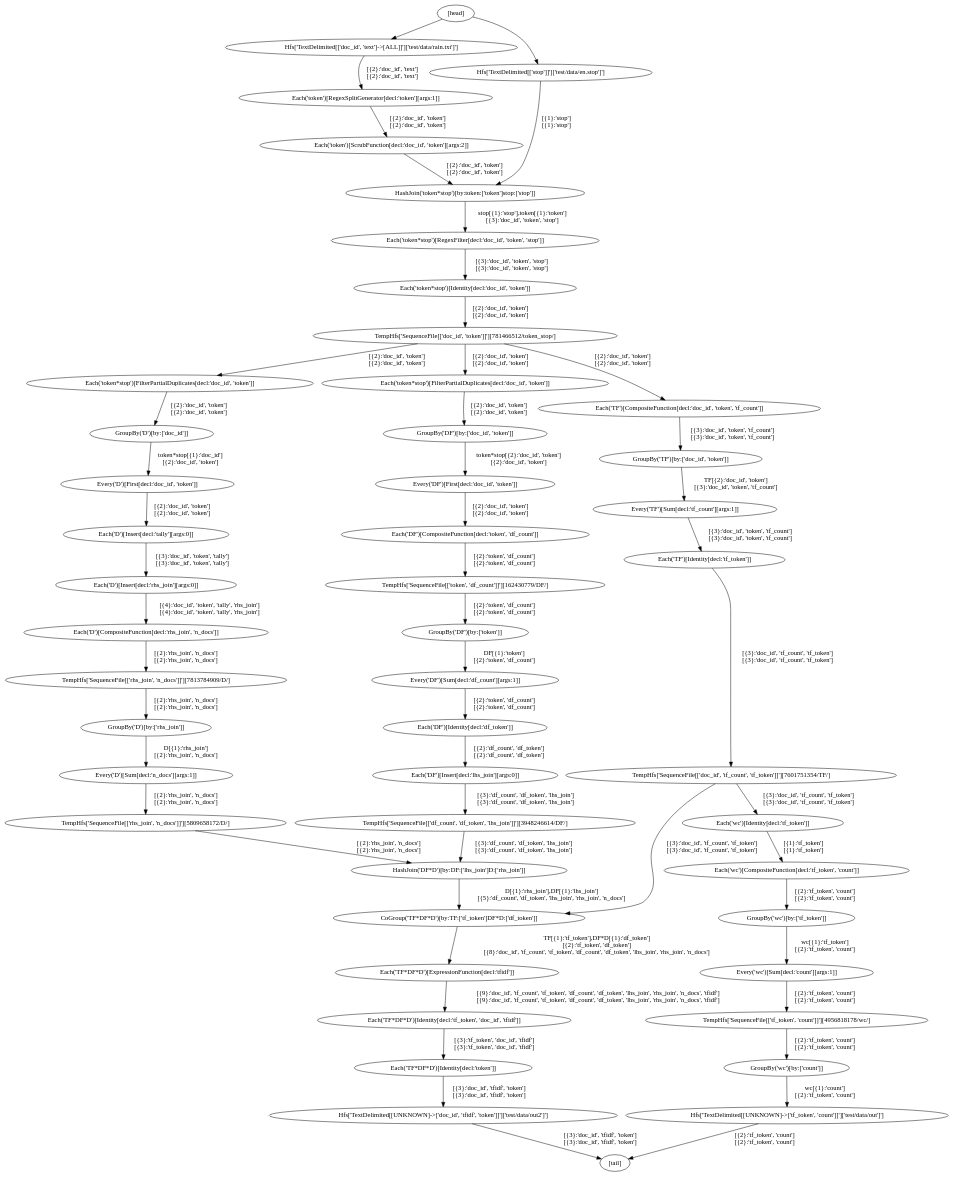
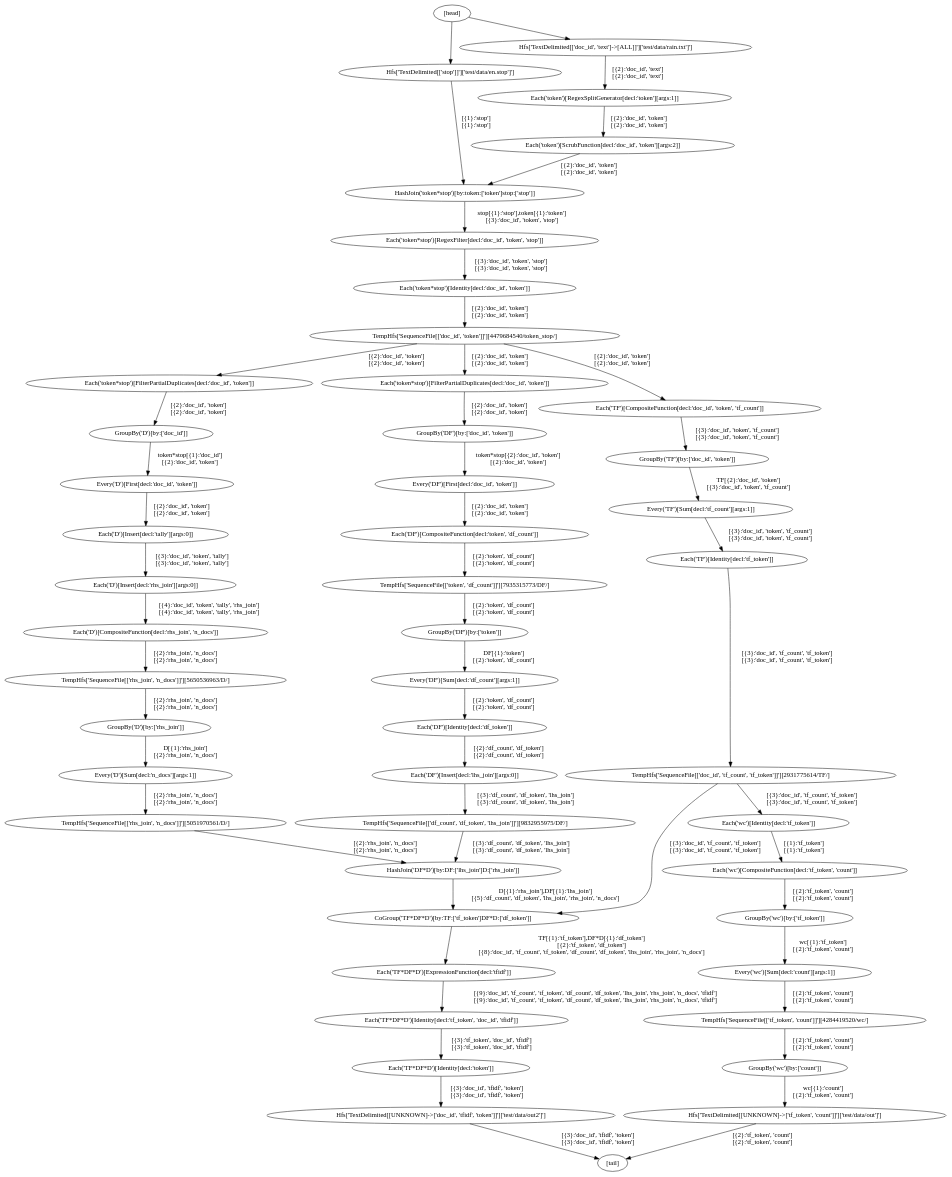
The diagram in cascading/dot/tfidf.dot (twitter-archive/ambrose), drawn with Graphviz before and after one commit. The commit also changed 10 other files, not shown here.

```diff
--- a/cascading/dot/tfidf.dot
+++ b/cascading/dot/tfidf.dot
@@ -1,101 +1,101 @@
 digraph G {
   1 [label = "Each('TF*DF*D')[Identity[decl:'token']]"];
   2 [label = "Hfs['TextDelimited[[UNKNOWN]->['doc_id', 'tfidf', 'token']]']['test/data/out2']']"];
   3 [label = "Each('TF*DF*D')[Identity[decl:'tf_token', 'doc_id', 'tfidf']]"];
   4 [label = "Each('TF*DF*D')[ExpressionFunction[decl:'tfidf']]"];
   5 [label = "CoGroup('TF*DF*D')[by:TF:['tf_token']DF*D:['df_token']]"];
   6 [label = "HashJoin('DF*D')[by:DF:['lhs_join']D:['rhs_join']]"];
   7 [label = "Every('D')[Sum[decl:'n_docs'][args:1]]"];
   8 [label = "GroupBy('D')[by:['rhs_join']]"];
   9 [label = "Each('D')[CompositeFunction[decl:'rhs_join', 'n_docs']]"];
   10 [label = "Each('D')[Insert[decl:'rhs_join'][args:0]]"];
   11 [label = "Each('D')[Insert[decl:'tally'][args:0]]"];
   12 [label = "Every('D')[First[decl:'doc_id', 'token']]"];
   13 [label = "GroupBy('D')[by:['doc_id']]"];
   14 [label = "Each('token*stop')[FilterPartialDuplicates[decl:'doc_id', 'token']]"];
   15 [label = "Each('token*stop')[Identity[decl:'doc_id', 'token']]"];
   16 [label = "Each('token*stop')[RegexFilter[decl:'doc_id', 'token', 'stop']]"];
   17 [label = "HashJoin('token*stop')[by:token:['token']stop:['stop']]"];
-  18 [label = "Each('token')[ScrubFunction[decl:'doc_id', 'token'][args:2]]"];
-  19 [label = "Each('token')[RegexSplitGenerator[decl:'token'][args:1]]"];
-  20 [label = "Hfs['TextDelimited[['doc_id', 'text']->[ALL]]']['test/data/rain.txt']']"];
-  21 [label = "Hfs['TextDelimited[['stop']]']['test/data/en.stop']']"];
+  18 [label = "Hfs['TextDelimited[['stop']]']['test/data/en.stop']']"];
+  19 [label = "Each('token')[ScrubFunction[decl:'doc_id', 'token'][args:2]]"];
+  20 [label = "Each('token')[RegexSplitGenerator[decl:'token'][args:1]]"];
+  21 [label = "Hfs['TextDelimited[['doc_id', 'text']->[ALL]]']['test/data/rain.txt']']"];
   22 [label = "Each('DF')[Insert[decl:'lhs_join'][args:0]]"];
   23 [label = "Each('DF')[Identity[decl:'df_token']]"];
   24 [label = "Every('DF')[Sum[decl:'df_count'][args:1]]"];
   25 [label = "GroupBy('DF')[by:['token']]"];
   26 [label = "Each('DF')[CompositeFunction[decl:'token', 'df_count']]"];
   27 [label = "Every('DF')[First[decl:'doc_id', 'token']]"];
   28 [label = "GroupBy('DF')[by:['doc_id', 'token']]"];
   29 [label = "Each('token*stop')[FilterPartialDuplicates[decl:'doc_id', 'token']]"];
   30 [label = "Each('TF')[Identity[decl:'tf_token']]"];
   31 [label = "Every('TF')[Sum[decl:'tf_count'][args:1]]"];
   32 [label = "GroupBy('TF')[by:['doc_id', 'token']]"];
   33 [label = "Each('TF')[CompositeFunction[decl:'doc_id', 'token', 'tf_count']]"];
   34 [label = "GroupBy('wc')[by:['count']]"];
   35 [label = "Hfs['TextDelimited[[UNKNOWN]->['tf_token', 'count']]']['test/data/out']']"];
   36 [label = "Every('wc')[Sum[decl:'count'][args:1]]"];
   37 [label = "GroupBy('wc')[by:['tf_token']]"];
   38 [label = "Each('wc')[CompositeFunction[decl:'tf_token', 'count']]"];
   39 [label = "Each('wc')[Identity[decl:'tf_token']]"];
   40 [label = "[head]"];
   41 [label = "[tail]"];
-  42 [label = "TempHfs['SequenceFile[['doc_id', 'tf_count', 'tf_token']]'][7601751354/TF/]"];
-  43 [label = "TempHfs['SequenceFile[['doc_id', 'token']]'][781466512/token_stop/]"];
-  44 [label = "TempHfs['SequenceFile[['tf_token', 'count']]'][4956818178/wc/]"];
-  45 [label = "TempHfs['SequenceFile[['token', 'df_count']]'][162430779/DF/]"];
-  46 [label = "TempHfs['SequenceFile[['df_count', 'df_token', 'lhs_join']]'][3948246614/DF/]"];
-  47 [label = "TempHfs['SequenceFile[['rhs_join', 'n_docs']]'][7813784909/D/]"];
-  48 [label = "TempHfs['SequenceFile[['rhs_join', 'n_docs']]'][5809658172/D/]"];
+  42 [label = "TempHfs['SequenceFile[['doc_id', 'tf_count', 'tf_token']]'][2931775614/TF/]"];
+  43 [label = "TempHfs['SequenceFile[['doc_id', 'token']]'][4479684540/token_stop/]"];
+  44 [label = "TempHfs['SequenceFile[['tf_token', 'count']]'][4284419520/wc/]"];
+  45 [label = "TempHfs['SequenceFile[['token', 'df_count']]'][7935315773/DF/]"];
+  46 [label = "TempHfs['SequenceFile[['df_count', 'df_token', 'lhs_join']]'][9832955975/DF/]"];
+  47 [label = "TempHfs['SequenceFile[['rhs_join', 'n_docs']]'][5650536963/D/]"];
+  48 [label = "TempHfs['SequenceFile[['rhs_join', 'n_docs']]'][5051970561/D/]"];
   1 -> 2 [label = "[{3}:'doc_id', 'tfidf', 'token']\n[{3}:'doc_id', 'tfidf', 'token']"];
-  20 -> 19 [label = "[{2}:'doc_id', 'text']\n[{2}:'doc_id', 'text']"];
-  19 -> 18 [label = "[{2}:'doc_id', 'token']\n[{2}:'doc_id', 'token']"];
-  18 -> 17 [label = "[{2}:'doc_id', 'token']\n[{2}:'doc_id', 'token']"];
+  21 -> 20 [label = "[{2}:'doc_id', 'text']\n[{2}:'doc_id', 'text']"];
+  20 -> 19 [label = "[{2}:'doc_id', 'token']\n[{2}:'doc_id', 'token']"];
+  19 -> 17 [label = "[{2}:'doc_id', 'token']\n[{2}:'doc_id', 'token']"];
   17 -> 16 [label = "stop[{1}:'stop'],token[{1}:'token']\n[{3}:'doc_id', 'token', 'stop']"];
   16 -> 15 [label = "[{3}:'doc_id', 'token', 'stop']\n[{3}:'doc_id', 'token', 'stop']"];
   14 -> 13 [label = "[{2}:'doc_id', 'token']\n[{2}:'doc_id', 'token']"];
   13 -> 12 [label = "token*stop[{1}:'doc_id']\n[{2}:'doc_id', 'token']"];
   12 -> 11 [label = "[{2}:'doc_id', 'token']\n[{2}:'doc_id', 'token']"];
   11 -> 10 [label = "[{3}:'doc_id', 'token', 'tally']\n[{3}:'doc_id', 'token', 'tally']"];
   10 -> 9 [label = "[{4}:'doc_id', 'token', 'tally', 'rhs_join']\n[{4}:'doc_id', 'token', 'tally', 'rhs_join']"];
   8 -> 7 [label = "D[{1}:'rhs_join']\n[{2}:'rhs_join', 'n_docs']"];
   29 -> 28 [label = "[{2}:'doc_id', 'token']\n[{2}:'doc_id', 'token']"];
   28 -> 27 [label = "token*stop[{2}:'doc_id', 'token']\n[{2}:'doc_id', 'token']"];
   27 -> 26 [label = "[{2}:'doc_id', 'token']\n[{2}:'doc_id', 'token']"];
   25 -> 24 [label = "DF[{1}:'token']\n[{2}:'token', 'df_count']"];
   24 -> 23 [label = "[{2}:'token', 'df_count']\n[{2}:'token', 'df_count']"];
   23 -> 22 [label = "[{2}:'df_count', 'df_token']\n[{2}:'df_count', 'df_token']"];
   6 -> 5 [label = "D[{1}:'rhs_join'],DF[{1}:'lhs_join']\n[{5}:'df_count', 'df_token', 'lhs_join', 'rhs_join', 'n_docs']"];
   33 -> 32 [label = "[{3}:'doc_id', 'token', 'tf_count']\n[{3}:'doc_id', 'token', 'tf_count']"];
   32 -> 31 [label = "TF[{2}:'doc_id', 'token']\n[{3}:'doc_id', 'token', 'tf_count']"];
   31 -> 30 [label = "[{3}:'doc_id', 'token', 'tf_count']\n[{3}:'doc_id', 'token', 'tf_count']"];
   5 -> 4 [label = "TF[{1}:'tf_token'],DF*D[{1}:'df_token']\n[{2}:'tf_token', 'df_token']\n[{8}:'doc_id', 'tf_count', 'tf_token', 'df_count', 'df_token', 'lhs_join', 'rhs_join', 'n_docs']"];
   4 -> 3 [label = "[{9}:'doc_id', 'tf_count', 'tf_token', 'df_count', 'df_token', 'lhs_join', 'rhs_join', 'n_docs', 'tfidf']\n[{9}:'doc_id', 'tf_count', 'tf_token', 'df_count', 'df_token', 'lhs_join', 'rhs_join', 'n_docs', 'tfidf']"];
   3 -> 1 [label = "[{3}:'tf_token', 'doc_id', 'tfidf']\n[{3}:'tf_token', 'doc_id', 'tfidf']"];
   34 -> 35 [label = "wc[{1}:'count']\n[{2}:'tf_token', 'count']"];
   39 -> 38 [label = "[{1}:'tf_token']\n[{1}:'tf_token']"];
   38 -> 37 [label = "[{2}:'tf_token', 'count']\n[{2}:'tf_token', 'count']"];
   37 -> 36 [label = "wc[{1}:'tf_token']\n[{2}:'tf_token', 'count']"];
+  40 -> 18 [label = ""];
   40 -> 21 [label = ""];
-  40 -> 20 [label = ""];
   2 -> 41 [label = "[{3}:'doc_id', 'tfidf', 'token']\n[{3}:'doc_id', 'tfidf', 'token']"];
   35 -> 41 [label = "[{2}:'tf_token', 'count']\n[{2}:'tf_token', 'count']"];
   30 -> 42 [label = "[{3}:'doc_id', 'tf_count', 'tf_token']\n[{3}:'doc_id', 'tf_count', 'tf_token']"];
   42 -> 5 [label = "[{3}:'doc_id', 'tf_count', 'tf_token']\n[{3}:'doc_id', 'tf_count', 'tf_token']"];
   15 -> 43 [label = "[{2}:'doc_id', 'token']\n[{2}:'doc_id', 'token']"];
   43 -> 14 [label = "[{2}:'doc_id', 'token']\n[{2}:'doc_id', 'token']"];
   43 -> 29 [label = "[{2}:'doc_id', 'token']\n[{2}:'doc_id', 'token']"];
   36 -> 44 [label = "[{2}:'tf_token', 'count']\n[{2}:'tf_token', 'count']"];
   44 -> 34 [label = "[{2}:'tf_token', 'count']\n[{2}:'tf_token', 'count']"];
   26 -> 45 [label = "[{2}:'token', 'df_count']\n[{2}:'token', 'df_count']"];
   45 -> 25 [label = "[{2}:'token', 'df_count']\n[{2}:'token', 'df_count']"];
   22 -> 46 [label = "[{3}:'df_count', 'df_token', 'lhs_join']\n[{3}:'df_count', 'df_token', 'lhs_join']"];
   46 -> 6 [label = "[{3}:'df_count', 'df_token', 'lhs_join']\n[{3}:'df_count', 'df_token', 'lhs_join']"];
   9 -> 47 [label = "[{2}:'rhs_join', 'n_docs']\n[{2}:'rhs_join', 'n_docs']"];
   47 -> 8 [label = "[{2}:'rhs_join', 'n_docs']\n[{2}:'rhs_join', 'n_docs']"];
   7 -> 48 [label = "[{2}:'rhs_join', 'n_docs']\n[{2}:'rhs_join', 'n_docs']"];
   48 -> 6 [label = "[{2}:'rhs_join', 'n_docs']\n[{2}:'rhs_join', 'n_docs']"];
   43 -> 33 [label = "[{2}:'doc_id', 'token']\n[{2}:'doc_id', 'token']"];
   42 -> 39 [label = "[{3}:'doc_id', 'tf_count', 'tf_token']\n[{3}:'doc_id', 'tf_count', 'tf_token']"];
-  21 -> 17 [label = "[{1}:'stop']\n[{1}:'stop']"];
+  18 -> 17 [label = "[{1}:'stop']\n[{1}:'stop']"];
 }
```
